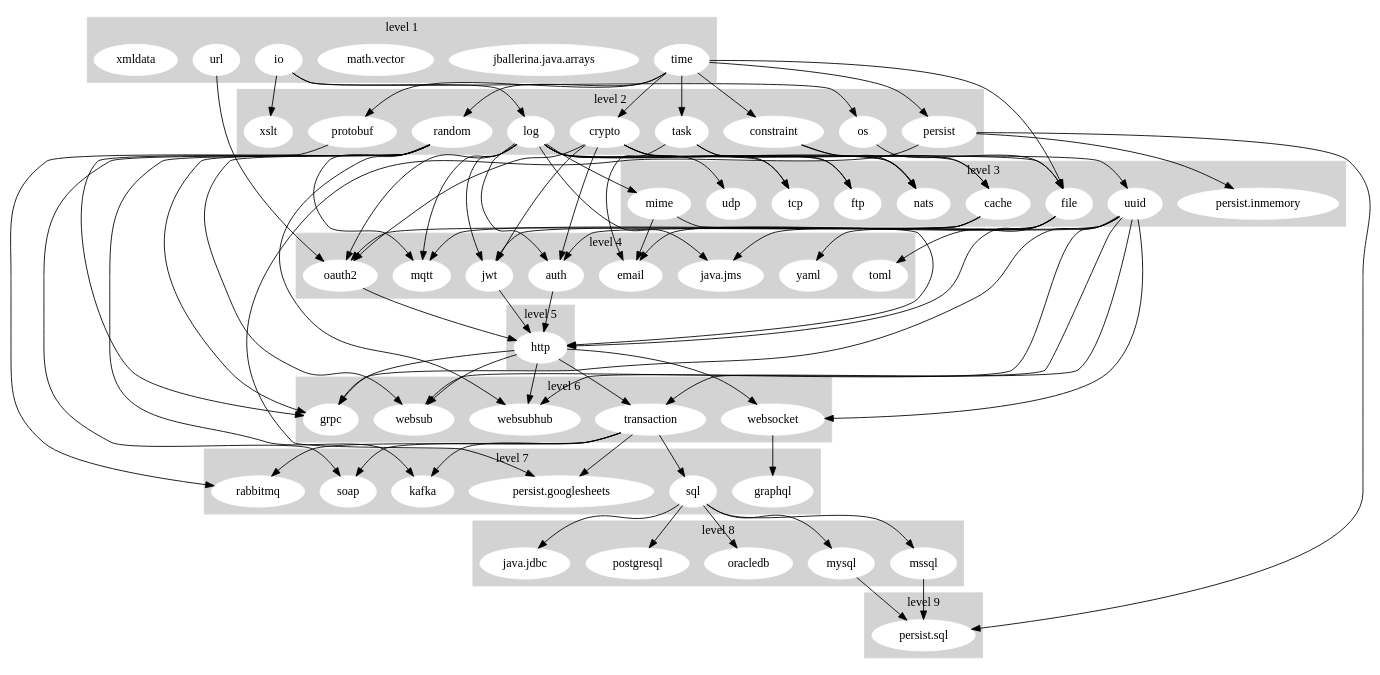
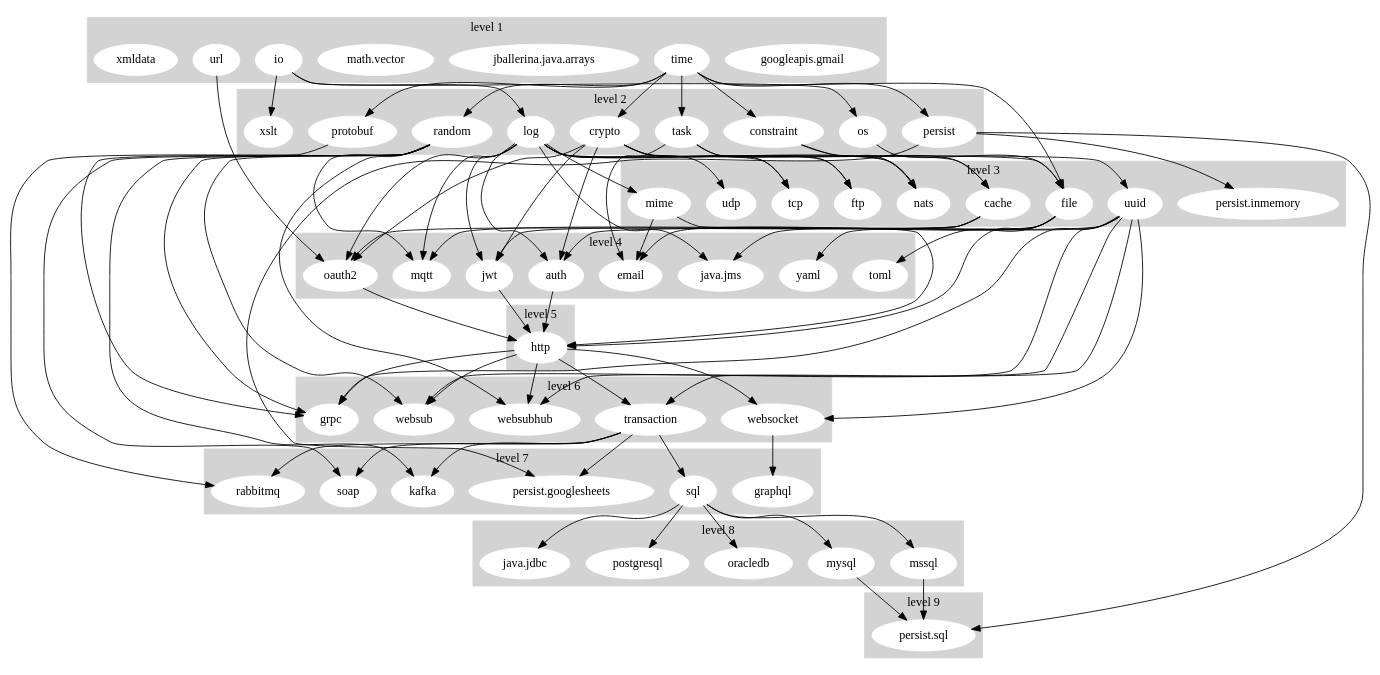
Before and after one commit to ballerina-platform/ballerina-release: the diagram in dashboard/stdlib_graph.gv, drawn with Graphviz.

Commit message:
[Automated] Update Stdlib Dependency Graph

```diff
--- a/dashboard/stdlib_graph.gv
+++ b/dashboard/stdlib_graph.gv
@@ -1,179 +1,180 @@
 digraph "Stdlib Dependency Graph" {
 	subgraph cluster_1 {
 		node [color=white style=filled]
 		color=lightgrey style=filled
+		"googleapis.gmail"
 		io
 		"jballerina.java.arrays"
 		"math.vector"
 		time
 		url
 		xmldata
 		label="level 1"
 	}
 	subgraph cluster_2 {
 		node [color=white style=filled]
 		color=lightgrey style=filled
 		constraint
 		crypto
 		log
 		os
 		persist
 		protobuf
 		random
 		task
 		xslt
 		label="level 2"
 	}
 	subgraph cluster_3 {
 		node [color=white style=filled]
 		color=lightgrey style=filled
 		cache
 		file
 		ftp
 		mime
 		nats
 		"persist.inmemory"
 		tcp
 		udp
 		uuid
 		label="level 3"
 	}
 	subgraph cluster_4 {
 		node [color=white style=filled]
 		color=lightgrey style=filled
 		auth
 		email
 		"java.jms"
 		jwt
 		mqtt
 		oauth2
 		toml
 		yaml
 		label="level 4"
 	}
 	subgraph cluster_5 {
 		node [color=white style=filled]
 		color=lightgrey style=filled
 		http
 		label="level 5"
 	}
 	subgraph cluster_6 {
 		node [color=white style=filled]
 		color=lightgrey style=filled
 		grpc
 		transaction
 		websocket
 		websub
 		websubhub
 		label="level 6"
 	}
 	subgraph cluster_7 {
 		node [color=white style=filled]
 		color=lightgrey style=filled
 		graphql
 		kafka
 		"persist.googlesheets"
 		rabbitmq
 		soap
 		sql
 		label="level 7"
 	}
 	subgraph cluster_8 {
 		node [color=white style=filled]
 		color=lightgrey style=filled
 		"java.jdbc"
 		mssql
 		mysql
 		oracledb
 		postgresql
 		label="level 8"
 	}
 	subgraph cluster_9 {
 		node [color=white style=filled]
 		color=lightgrey style=filled
 		"persist.sql"
 		label="level 9"
 	}
 	io -> log
 	io -> os
 	io -> xslt
 	time -> constraint
 	time -> crypto
 	time -> file
 	time -> persist
 	time -> protobuf
 	time -> random
 	time -> task
 	url -> oauth2
 	constraint -> cache
 	constraint -> nats
 	crypto -> auth
 	crypto -> jwt
 	crypto -> nats
 	crypto -> oauth2
 	crypto -> tcp
 	crypto -> uuid
 	log -> auth
 	log -> file
 	log -> ftp
 	log -> "java.jms"
 	log -> jwt
 	log -> mime
 	log -> mqtt
 	log -> nats
 	log -> oauth2
 	log -> tcp
 	log -> udp
 	os -> file
 	persist -> "persist.googlesheets"
 	persist -> "persist.inmemory"
 	persist -> "persist.sql"
 	protobuf -> grpc
 	random -> grpc
 	random -> kafka
 	random -> mqtt
 	random -> rabbitmq
 	random -> soap
 	random -> websub
 	random -> websubhub
 	task -> cache
 	task -> email
 	task -> ftp
 	cache -> auth
 	cache -> jwt
 	cache -> oauth2
 	file -> email
 	file -> http
 	file -> toml
 	file -> yaml
 	mime -> email
 	mime -> http
 	uuid -> grpc
 	uuid -> "java.jms"
 	uuid -> mqtt
 	uuid -> transaction
 	uuid -> websocket
 	uuid -> websub
 	uuid -> websubhub
 	auth -> http
 	jwt -> http
 	oauth2 -> http
 	http -> grpc
 	http -> transaction
 	http -> websocket
 	http -> websub
 	http -> websubhub
 	transaction -> kafka
 	transaction -> "persist.googlesheets"
 	transaction -> rabbitmq
 	transaction -> soap
 	transaction -> sql
 	websocket -> graphql
 	sql -> "java.jdbc"
 	sql -> mssql
 	sql -> mysql
 	sql -> oracledb
 	sql -> postgresql
 	mssql -> "persist.sql"
 	mysql -> "persist.sql"
 }
```
